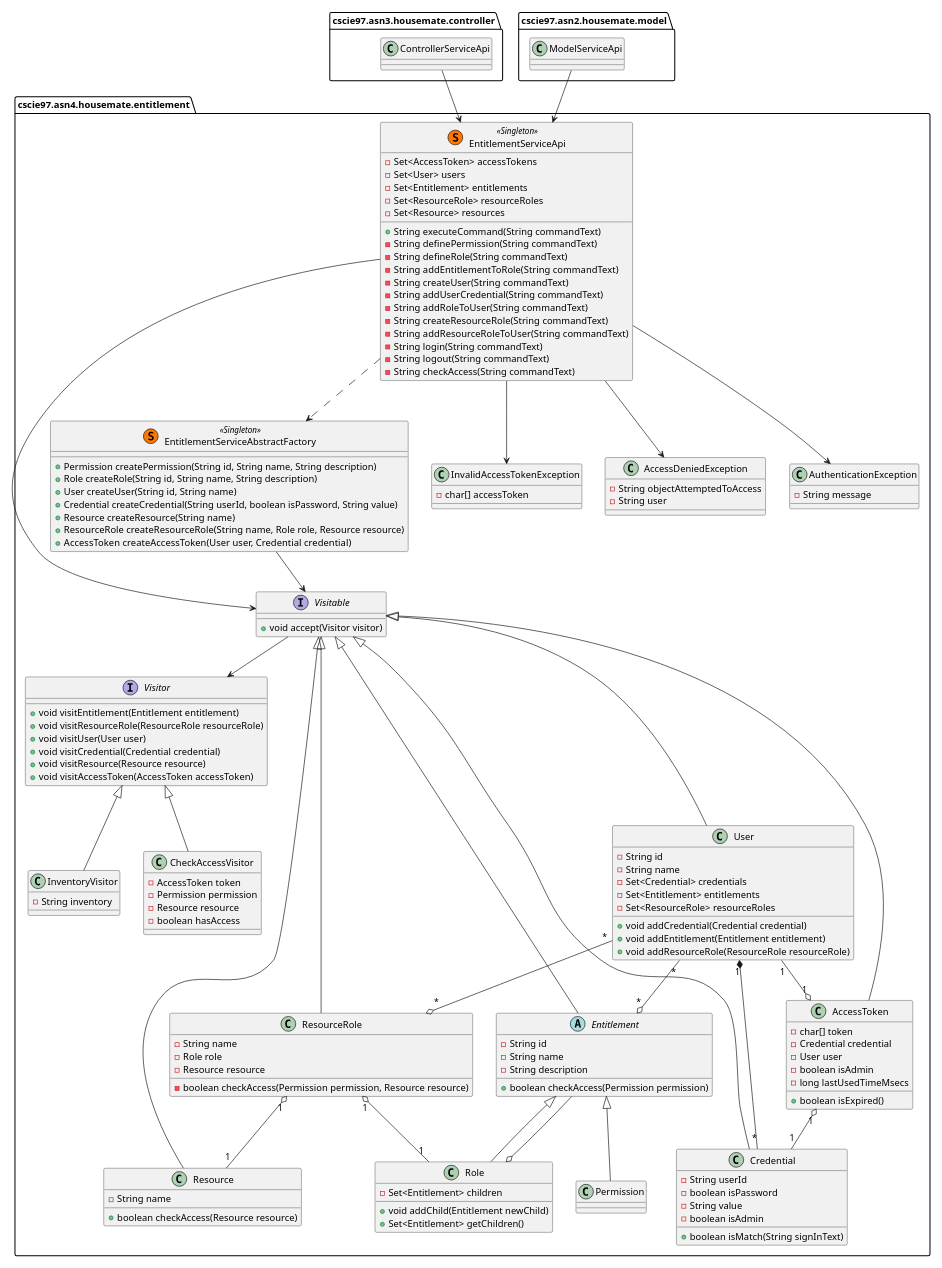
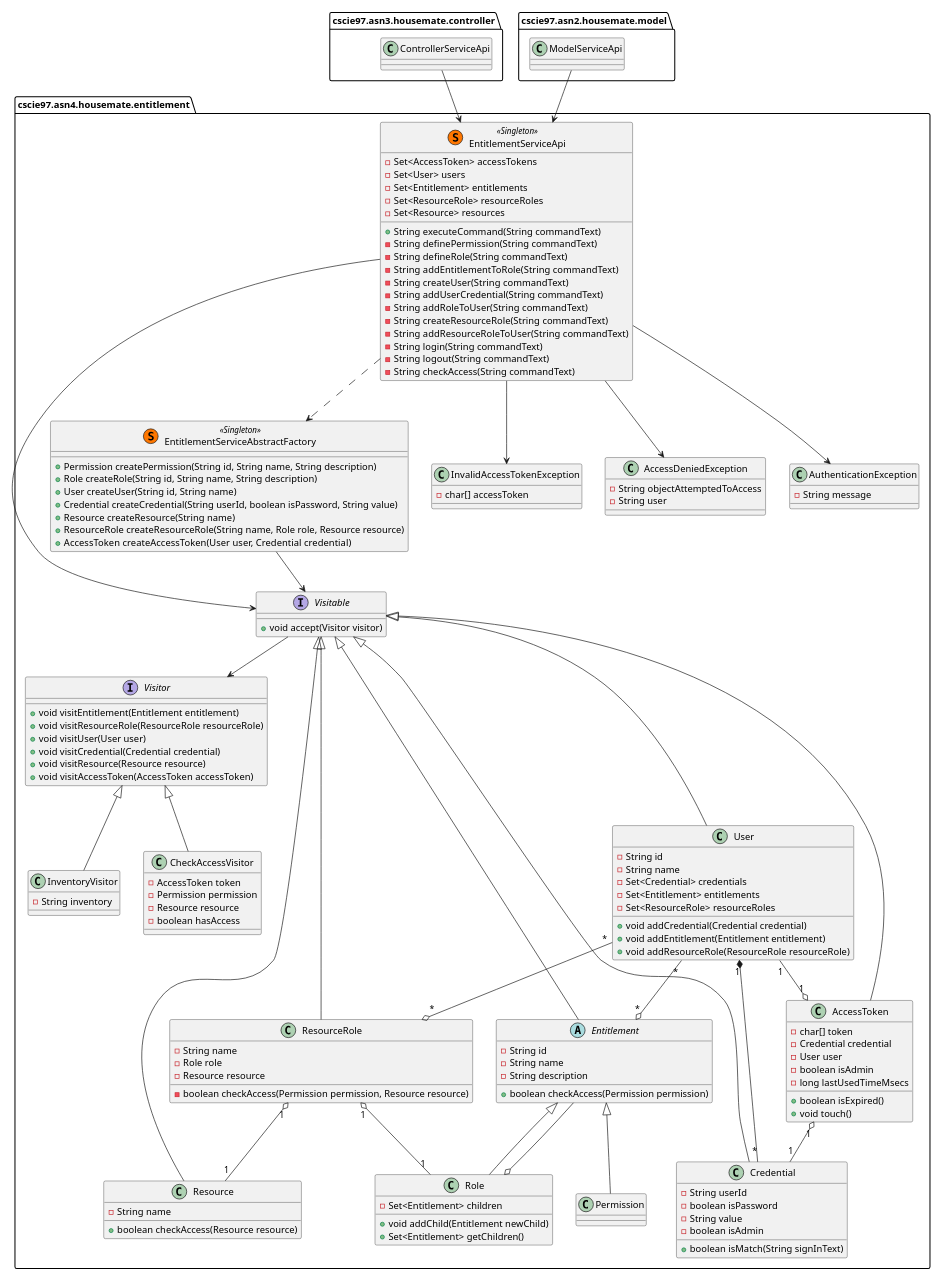
Before and after one commit to erikorlowski/cscie97: the second of 3 diagrams in cscie97/asn4/Design.md, drawn with PlantUML. The commit also changed other lines of this file and 3 other files, not shown here.

```diff
--- a/cscie97/asn4/Design.md
+++ b/cscie97/asn4/Design.md
@@ -446,6 +446,7 @@
         - boolean isAdmin
         - long lastUsedTimeMsecs
         + boolean isExpired()
+        + void touch()
     }
 
     Visitable <|-- Entitlement
```
